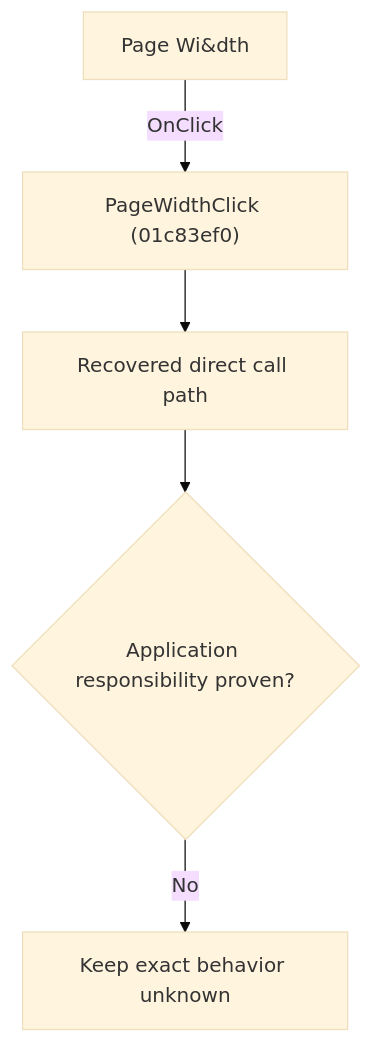
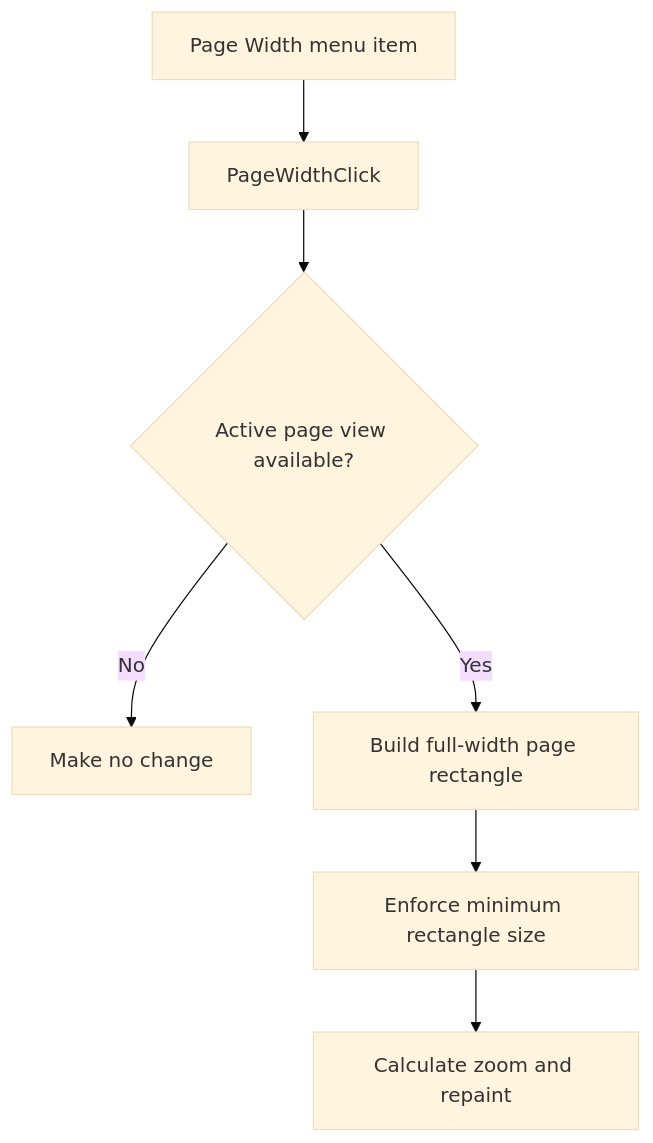
The diagram in docs/ui-controls/schematiceditor/pagewidth-73a7462544.md (MovGP0/TIARA), drawn with Mermaid (base theme) before and after one commit. The commit also changed other lines of this file and 241 other files, not shown here.

````diff
--- a/docs/ui-controls/schematiceditor/pagewidth-73a7462544.md
+++ b/docs/ui-controls/schematiceditor/pagewidth-73a7462544.md
@@ -27,7 +19,9 @@
 ```mermaid
 flowchart TD
-    control["Page Wi&dth"] -->|"OnClick"| handler["PageWidthClick (01c83ef0)"]
-    handler --> recovered["Recovered direct call path"]
-    recovered --> gap{"Application responsibility proven?"}
-    gap -->|"No"| blocked["Keep exact behavior unknown"]
+    control["Page Width menu item"] --> handler["PageWidthClick"]
+    handler --> available{"Active page view available?"}
+    available -->|"No"| noOp["Make no change"]
+    available -->|"Yes"| rectangle["Build full-width page rectangle"]
+    rectangle --> normalize["Enforce minimum rectangle size"]
+    normalize --> zoom["Calculate zoom and repaint"]
 ```
````
